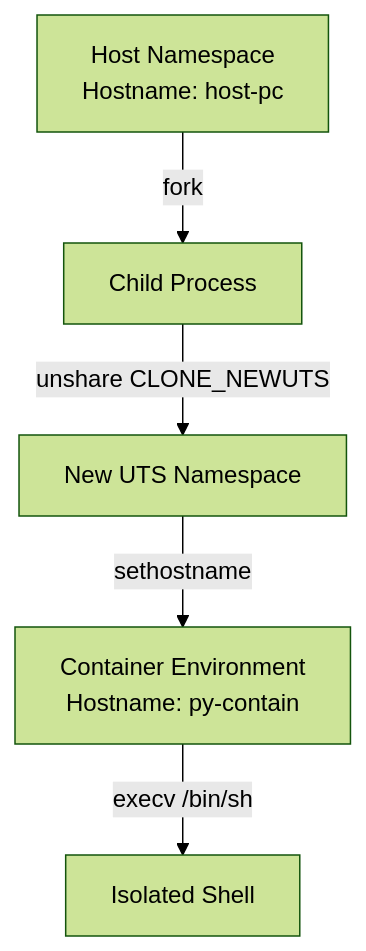
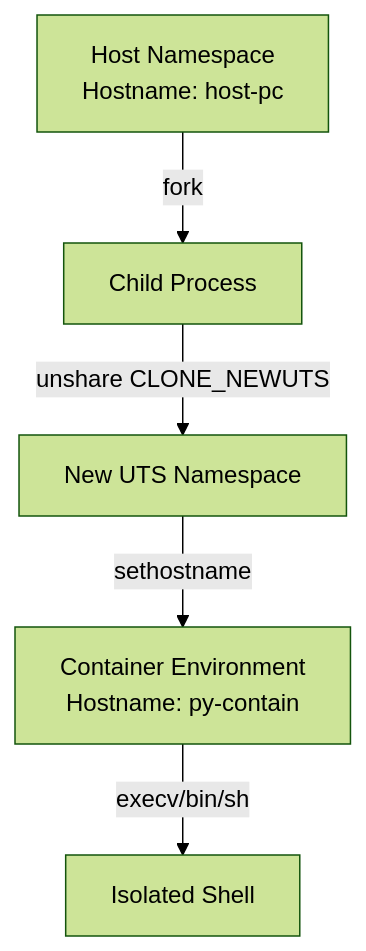
The second of 3 diagrams in README.md (moriadim/py-docker-from-scratch), drawn with Mermaid (forest theme) before and after one commit. The commit also changed other lines of this file, not shown here.

Commit message:
docs(level2): Add architecture and lessons learned for PID namespace

````diff
--- a/README.md
+++ b/README.md
@@ -30,7 +30,7 @@
 ```mermaid
 graph TD;
     A[Host Namespace<br>Hostname: host-pc] -->|fork| B[Child Process]
     B -->|unshare CLONE_NEWUTS| C[New UTS Namespace]
     C -->|sethostname| D[Container Environment<br>Hostname: py-contain]
-    D -->|execv /bin/sh| E[Isolated Shell]
+    D -->|execv/bin/sh| E[Isolated Shell]
 ```
````
